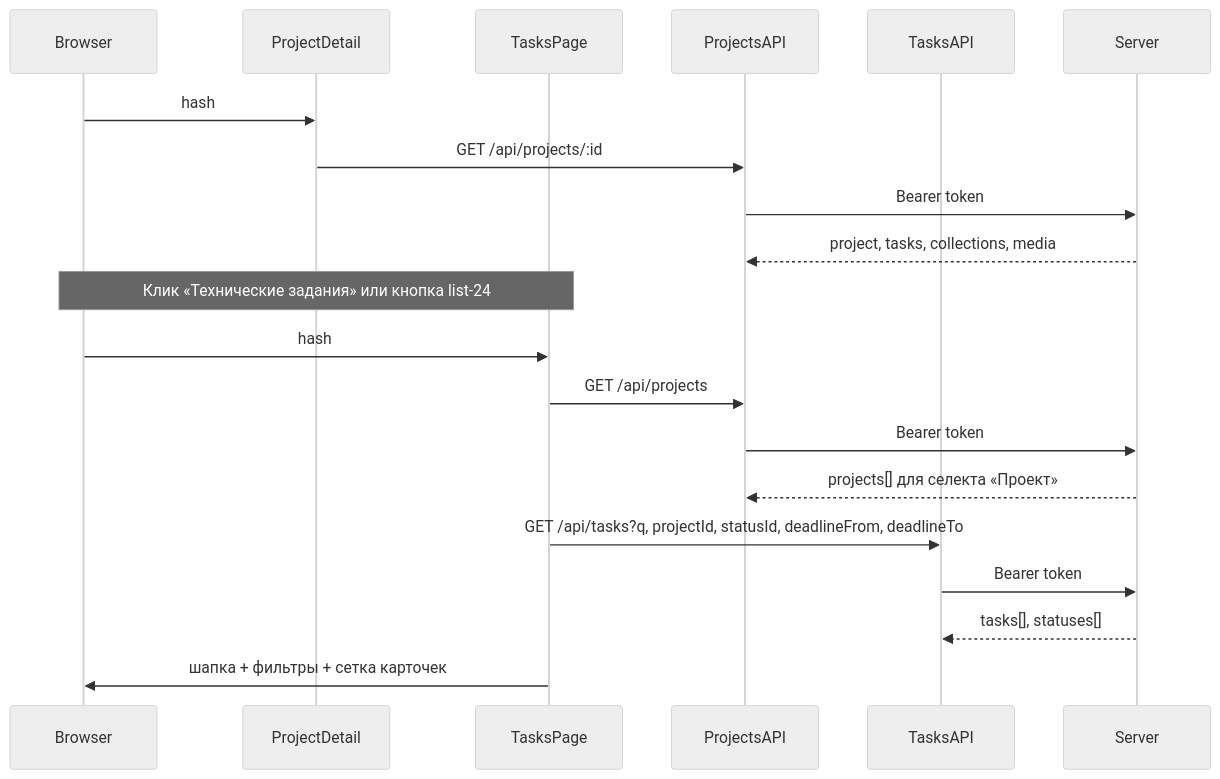
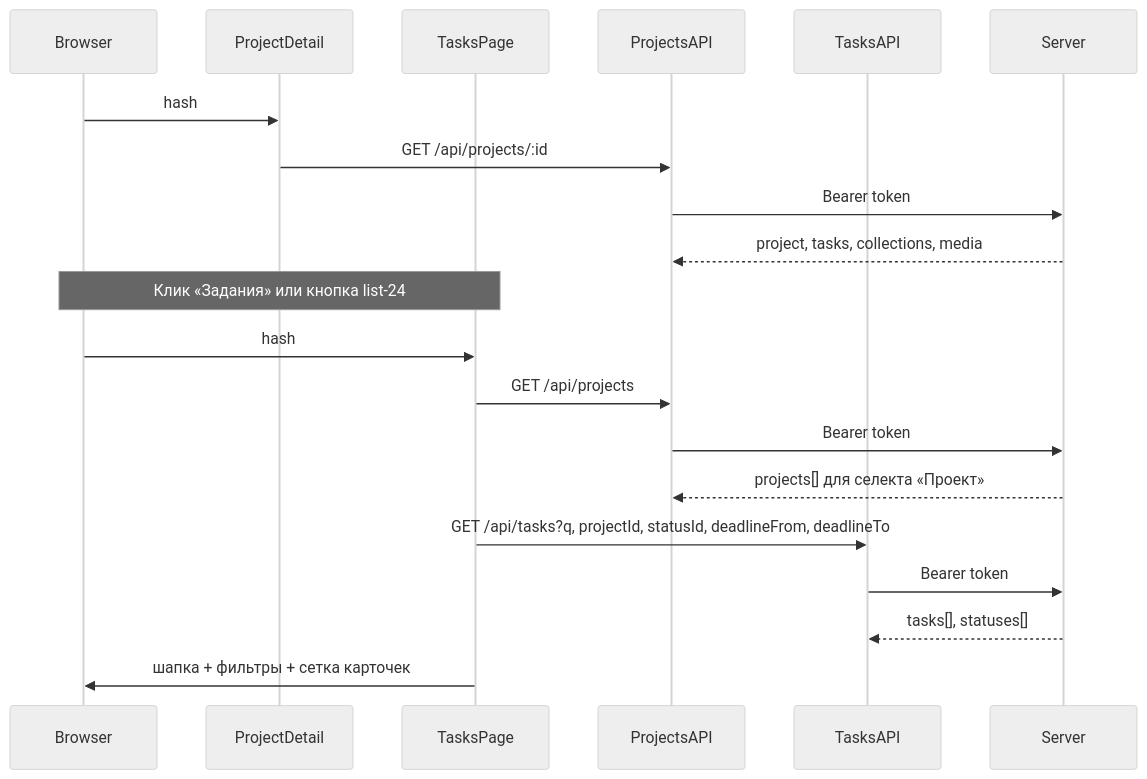
The diagram in .cursor/plans/страница_всех_тз_7182508f.plan.md (eQurane/mox), drawn with Mermaid (neutral theme) before and after one commit. The commit also changed other lines of this file and 42 other files, not shown here.

````diff
--- a/.cursor/plans/страница_всех_тз_7182508f.plan.md
+++ b/.cursor/plans/страница_всех_тз_7182508f.plan.md
@@ -64,24 +64,24 @@
 ```mermaid
 sequenceDiagram
   participant Browser
   participant ProjectDetail
   participant TasksPage
   participant ProjectsAPI
   participant TasksAPI
   participant Server
 
   Browser->>ProjectDetail: hash #/project/:id
   ProjectDetail->>ProjectsAPI: GET /api/projects/:id
   ProjectsAPI->>Server: Bearer token
   Server-->>ProjectsAPI: project, tasks, collections, media
 
-  Note over Browser,TasksPage: Клик «Технические задания» или кнопка list-24
+  Note over Browser,TasksPage: Клик «Задания» или кнопка list-24
   Browser->>TasksPage: hash #/tasks?projectId=:id
   TasksPage->>ProjectsAPI: GET /api/projects
   ProjectsAPI->>Server: Bearer token
   Server-->>ProjectsAPI: projects[] для селекта «Проект»
   TasksPage->>TasksAPI: GET /api/tasks?q, projectId, statusId, deadlineFrom, deadlineTo
   TasksAPI->>Server: Bearer token
   Server-->>TasksAPI: tasks[], statuses[]
   TasksPage->>Browser: шапка + фильтры + сетка карточек
 ```
````
